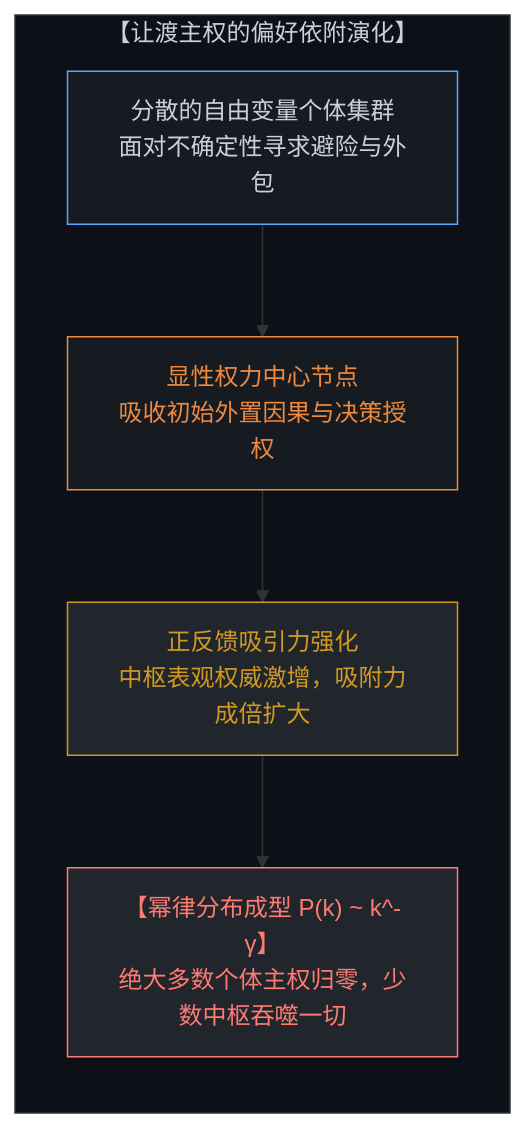
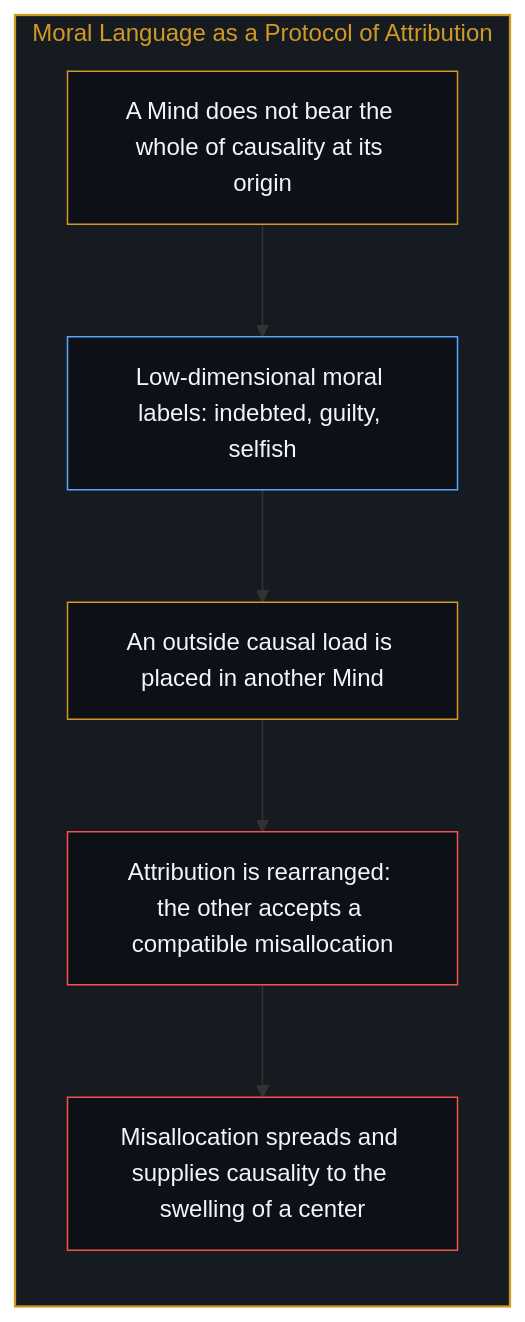
One commit to powerpig99/not-a-toe changed the sixth of 12 diagrams in content/posts/the-power-law-of-surrendered-agency.md. Above: the diagram before and after it, drawn with Mermaid. The commit also changed other lines of this file and 2 other files, not shown here.

Commit message:
Refine the-power-law-of-surrendered-agency: alternating bilingual layout, six paired diagrams, implicit first person

````diff
--- a/content/posts/the-power-law-of-surrendered-agency.md
+++ b/content/posts/the-power-law-of-surrendered-agency.md
@@ -179,18 +162,22 @@
 ```mermaid
-graph TD
-    subgraph PreferentialAttachment["【让渡主权的偏好依附演化】"]
+flowchart TD
+    subgraph S_Moral["Moral Language as a Protocol of Attribution"]
         direction TB
-        IndividualAgents["分散的自由变量个体集群<br>面对不确定性寻求避险与外包"]
-        EmergentHub["显性权力中心节点<br>吸收初始外置因果与决策授权"]
-        FeedbackLoop["正反馈吸引力强化<br>中枢表观权威激增，吸附力成倍扩大"]
-        PowerLawState["【幂律分布成型 P(k) ~ k^-γ】<br>绝大多数个体主权归零，少数中枢吞噬一切"]
-        IndividualAgents --> EmergentHub
-        EmergentHub --> FeedbackLoop
-        FeedbackLoop --> PowerLawState
+        Decline["A Mind does not bear the whole of causality at its origin"]
+        Label["Low-dimensional moral labels: indebted, guilty, selfish"]
+        Load["An outside causal load is placed in another Mind"]
+        Reroute["Attribution is rearranged: the other accepts a compatible misallocation"]
+        Feed["Misallocation spreads and supplies causality to the swelling of a center"]
+        Decline --> Label
+        Label --> Load
+        Load --> Reroute
+        Reroute --> Feed
     end
-    style PreferentialAttachment fill:#0d1117,stroke:#30363d,stroke-width:1px,color:#c9d1d9
-    style IndividualAgents fill:#161b22,stroke:#58a6ff,stroke-width:1px,color:#c9d1d9
-    style EmergentHub fill:#161b22,stroke:#f0883e,stroke-width:1px,color:#f0883e
-    style FeedbackLoop fill:#21262d,stroke:#d29922,color:#d29922
-    style PowerLawState fill:#21262d,stroke:#ff7b72,color:#ff7b72
+
+    style S_Moral fill:#161b22,stroke:#d29922,stroke-width:1.5px,color:#d29922
+    style Decline fill:#0d1117,stroke:#d29922,stroke-width:1px,color:#f0f6fc
+    style Label fill:#0d1117,stroke:#58a6ff,stroke-width:1px,color:#f0f6fc
+    style Load fill:#0d1117,stroke:#d29922,stroke-width:1px,color:#f0f6fc
+    style Reroute fill:#0d1117,stroke:#f85149,stroke-width:1px,color:#f0f6fc
+    style Feed fill:#0d1117,stroke:#f85149,stroke-width:1px,color:#f0f6fc
 ```
````
